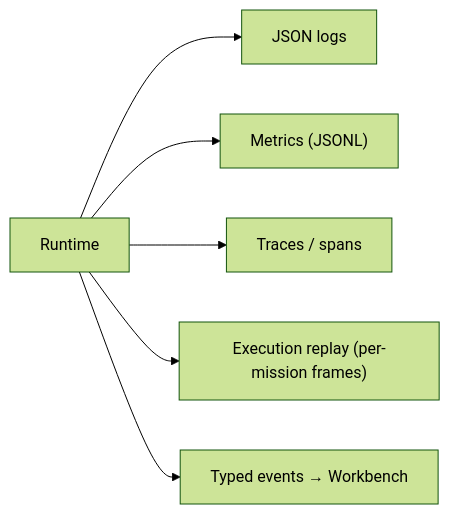
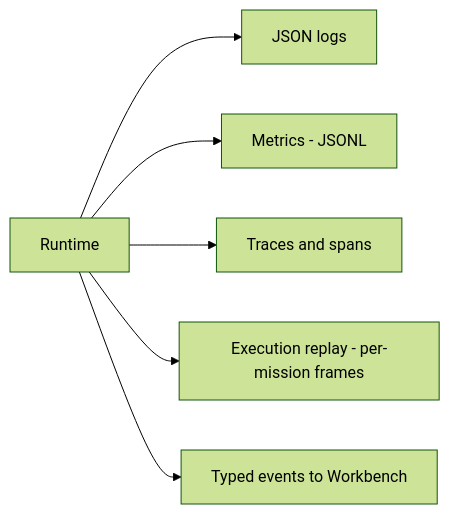
Diagram 15 of 18 in README.md (MrDecryptDecipher/EmilyOS), drawn with Mermaid (forest theme) before and after one commit. The commit also changed other lines of this file and 1 other file, not shown here.

First line of the commit message:
docs: fix Mermaid rendering on GitHub + add inline launch-film GIF

````diff
--- a/README.md
+++ b/README.md
@@ -373,8 +380,8 @@
 ```mermaid
 flowchart LR
   RUNTIME["Runtime"] --> LOG["JSON logs"]
-  RUNTIME --> MET["Metrics (JSONL)"]
-  RUNTIME --> TR["Traces / spans"]
-  RUNTIME --> REP["Execution replay (per-mission frames)"]
-  RUNTIME --> EV["Typed events → Workbench"]
+  RUNTIME --> MET["Metrics - JSONL"]
+  RUNTIME --> TR["Traces and spans"]
+  RUNTIME --> REP["Execution replay - per-mission frames"]
+  RUNTIME --> EV["Typed events to Workbench"]
 ```
````
